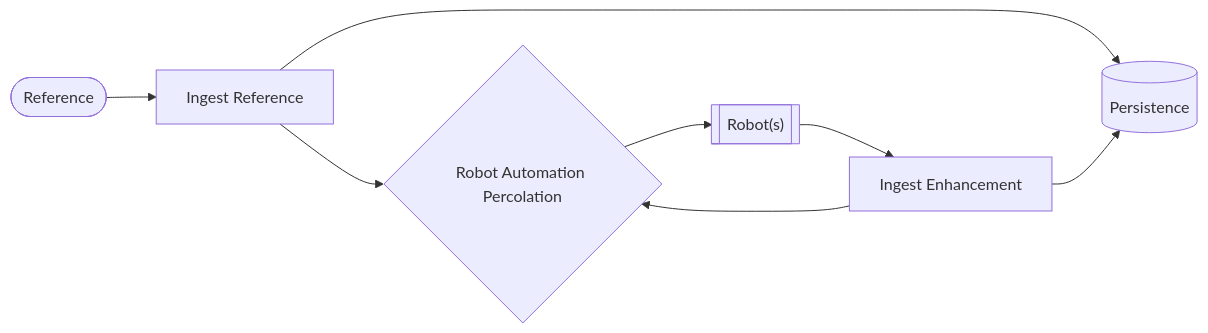
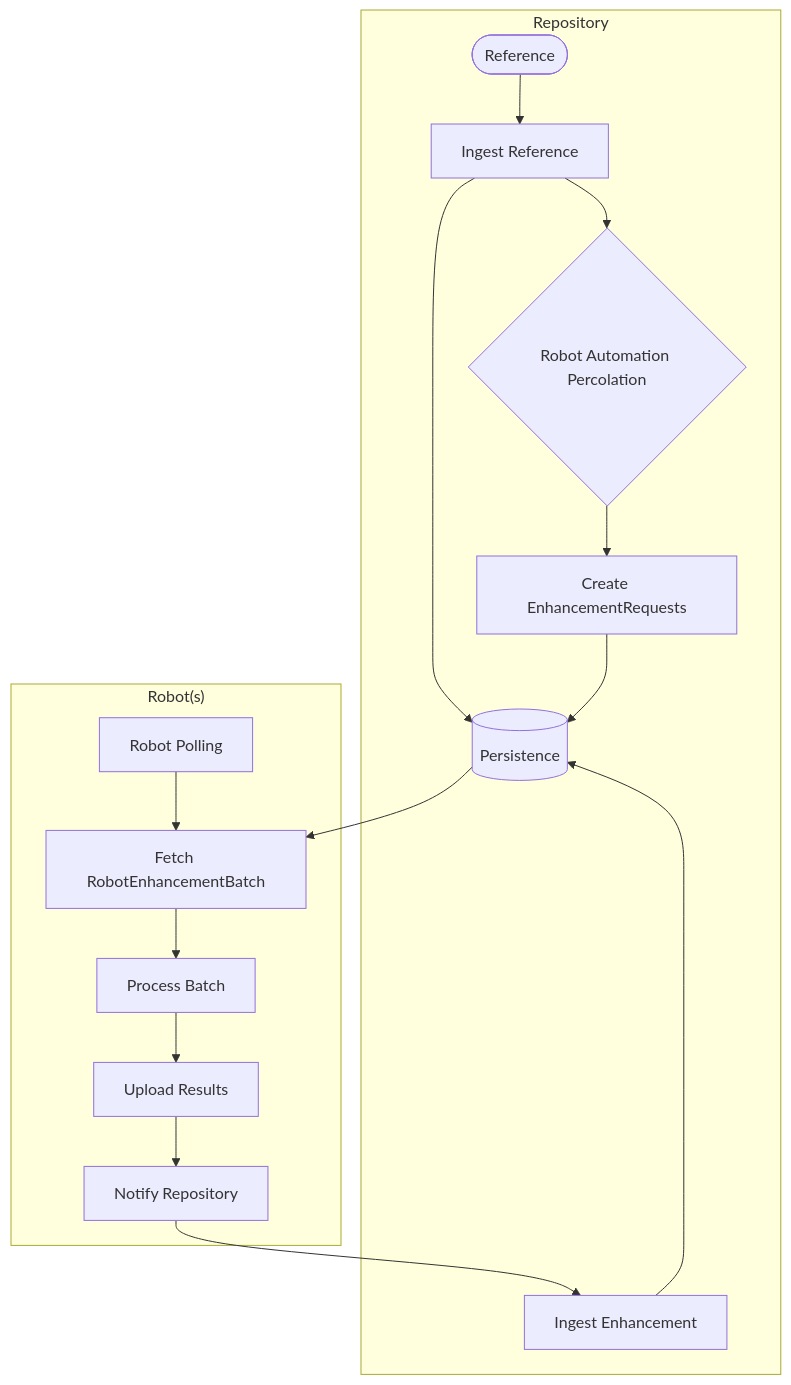
One commit to destiny-evidence/destiny-repository changed the second of 2 diagrams in docs/procedures/robot-automation.rst. Above: the diagram before and after it, drawn with Mermaid. The commit also changed other lines of this file and 1 other file, not shown here.

Commit message:
Update docs for polling robots

```diff
--- a/docs/procedures/robot-automation.rst
+++ b/docs/procedures/robot-automation.rst
@@ -33,10 +37,19 @@
 .. mermaid::
 
-    flowchart LR
-        G_R([Reference]) --> G_R1[Ingest Reference]
-        G_R1 --> G_P[(Persistence)]
-        G_R1 --> G_AUTO{Robot Automation Percolation}
-        G_AUTO --> G_ROBOT[["Robot(s)"]]
-        G_ROBOT --> G_R2[Ingest Enhancement]
-        G_R2 --> G_P
-        G_R2 --> G_AUTO
+    flowchart TD
+        subgraph Repository
+            G_R([Reference]) --> G_R1[Ingest Reference]
+            G_R1 --> G_P[(Persistence)]
+            G_R1 --> G_AUTO{Robot Automation Percolation}
+            G_AUTO --> G_REQ[Create EnhancementRequests]
+            G_REQ --> G_P[(Persistence)]
+            G_REPO_PROC[Ingest Enhancement] --> G_P
+        end
+        subgraph "Robot(s)"
+            G_POLL[Robot Polling] --> G_BATCH[Fetch RobotEnhancementBatch]
+            G_P --> G_BATCH
+            G_BATCH --> G_ROBOT_PROC[Process Batch]
+            G_ROBOT_PROC --> G_UPLOAD[Upload Results]
+            G_UPLOAD --> G_REPO[Notify Repository]
+        end
+        G_REPO --> G_REPO_PROC
```
